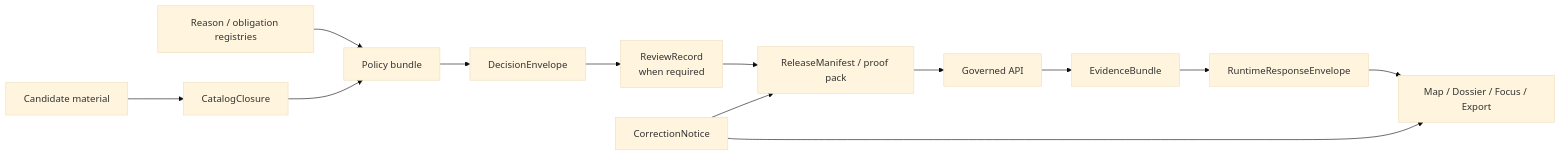
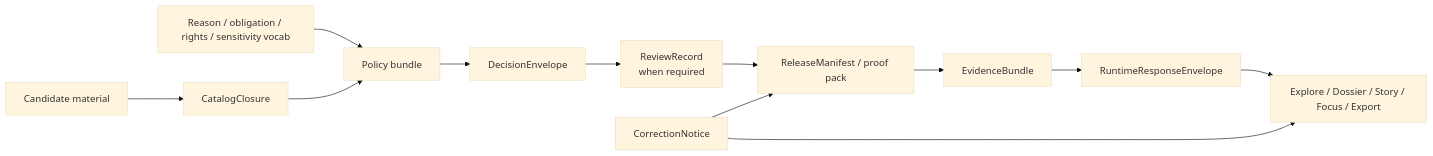
Before and after one commit to bartytime4life/Kansas-Frontier-Matrix: the diagram in policy/README.md, drawn with Mermaid (base theme). The commit also changed other lines of this file, not shown here.

First line of the commit message:
Revise README for policy clarity and governance details

````diff
--- a/policy/README.md
+++ b/policy/README.md
@@ -260,15 +240,14 @@
 ```mermaid
 flowchart LR
   Candidate[Candidate material] --> Closure[CatalogClosure]
-  Registries[Reason / obligation registries] --> Bundle[Policy bundle]
+  Vocab[Reason / obligation / rights / sensitivity vocab] --> Bundle[Policy bundle]
   Closure --> Bundle
   Bundle --> Decision[DecisionEnvelope]
   Decision --> Review[ReviewRecord<br/>when required]
   Review --> Release[ReleaseManifest / proof pack]
-  Release --> API[Governed API]
-  API --> Evidence[EvidenceBundle]
+  Release --> Evidence[EvidenceBundle]
   Evidence --> Runtime[RuntimeResponseEnvelope]
-  Runtime --> Surfaces[Map / Dossier / Focus / Export]
+  Runtime --> Surfaces[Explore / Dossier / Story / Focus / Export]
   Correction[CorrectionNotice] --> Release
   Correction --> Surfaces
 ```
````
